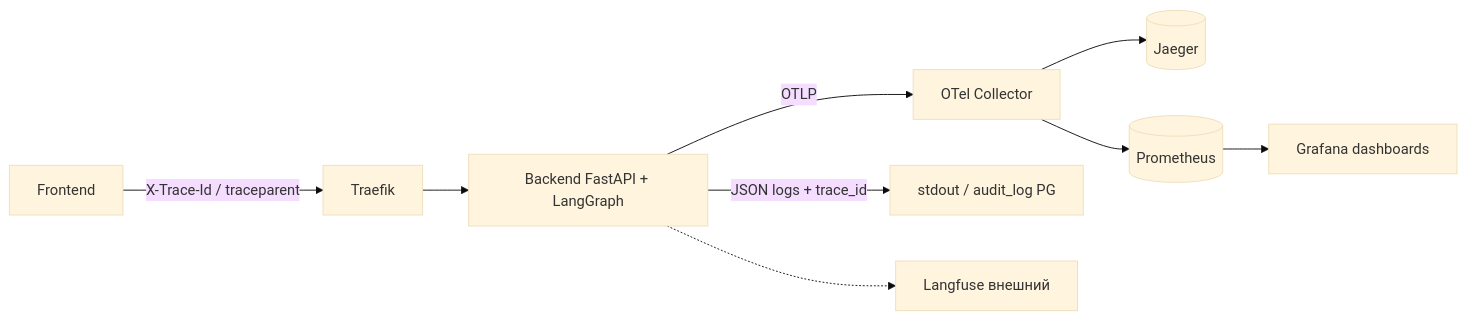
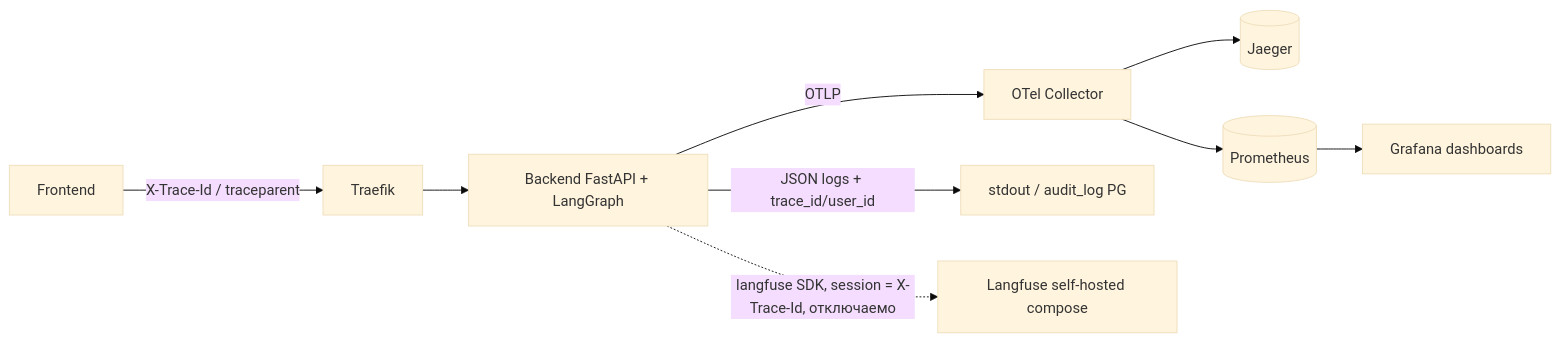
One commit to semusv/2026-otus-proj changed the third of 3 diagrams in docs/architecture/dataflow.md. Above: the diagram before and after it, drawn with Mermaid (base theme). The commit also changed 2 other files, not shown here.

Commit message:
stage-7(docs): ADR-008 без 'внешнего' Langfuse (self-hosted опц. compose + langfuse SDK), чек-лист этапа 7 в PLAN.md, dataflow.md синхронизирован

````diff
--- a/docs/architecture/dataflow.md
+++ b/docs/architecture/dataflow.md
@@ -79,11 +79,11 @@
 ```mermaid
 flowchart LR
     FE[Frontend] -- X-Trace-Id / traceparent --> T[Traefik]
     T --> BE[Backend FastAPI + LangGraph]
     BE -->|OTLP| OC[OTel Collector]
     OC --> J[(Jaeger)]
     OC --> P[(Prometheus)]
     P --> G[Grafana dashboards]
-    BE -->|JSON logs + trace_id| L[stdout / audit_log PG]
-    BE -.-> LF[Langfuse внешний]
+    BE -->|JSON logs + trace_id/user_id| L[stdout / audit_log PG]
+    BE -.->|langfuse SDK, session = X-Trace-Id, отключаемо| LF[Langfuse self-hosted compose]
 ```
````
